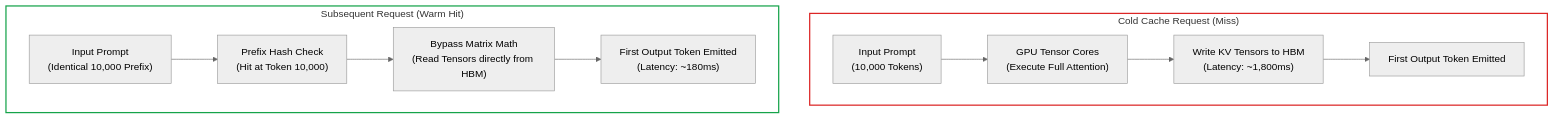
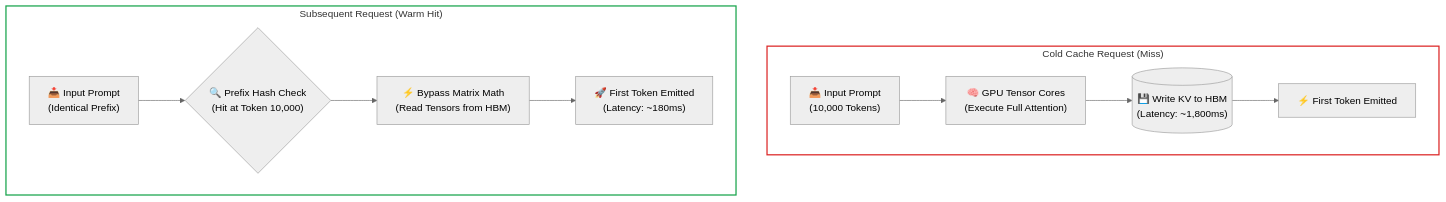
Before and after one commit to dip4k/senior-engineer-to-ai-engineer-roadmap: the first of 2 diagrams in 01-prompt-and-context-engineering/03-prefix-and-prompt-caching.md, drawn with Mermaid (neutral theme). The commit also changed other lines of this file and 39 other files, not shown here.

First line of the commit message:
feat(curriculum): upgrade mermaid diagrams with unicode icons & codify anti-bloat layout rules

````diff
--- a/01-prompt-and-context-engineering/03-prefix-and-prompt-caching.md
+++ b/01-prompt-and-context-engineering/03-prefix-and-prompt-caching.md
@@ -72,17 +72,17 @@
 ```mermaid
 flowchart TD
     subgraph ColdRequest["Cold Cache Request (Miss)"]
-        P1["Input Prompt<br>(10,000 Tokens)"] --> GPU1["GPU Tensor Cores<br>(Execute Full Attention)"]
-        GPU1 --> VRAM1["Write KV Tensors to HBM<br>(Latency: ~1,800ms)"]
-        VRAM1 --> Out1["First Output Token Emitted"]
+        P1["📥 Input Prompt<br>(10,000 Tokens)"] --> GPU1["🧠 GPU Tensor Cores<br>(Execute Full Attention)"]
+        GPU1 --> VRAM1[("💾 Write KV to HBM<br>(Latency: ~1,800ms)")]
+        VRAM1 --> Out1["⚡ First Token Emitted"]
     end
 
     subgraph WarmRequest["Subsequent Request (Warm Hit)"]
-        P2["Input Prompt<br>(Identical 10,000 Prefix)"] --> Match["Prefix Hash Check<br>(Hit at Token 10,000)"]
-        Match --> Bypass["Bypass Matrix Math<br>(Read Tensors directly from HBM)"]
-        Bypass --> Out2["First Output Token Emitted<br>(Latency: ~180ms)"]
+        P2["📥 Input Prompt<br>(Identical Prefix)"] --> Match{"🔍 Prefix Hash Check<br>(Hit at Token 10,000)"}
+        Match --> Bypass["⚡ Bypass Matrix Math<br>(Read Tensors from HBM)"]
+        Bypass --> Out2["🚀 First Token Emitted<br>(Latency: ~180ms)"]
     end
 
     style ColdRequest fill:none,stroke:#dc2626,stroke-width:2px
     style WarmRequest fill:none,stroke:#16a34a,stroke-width:2px
 ```
````
